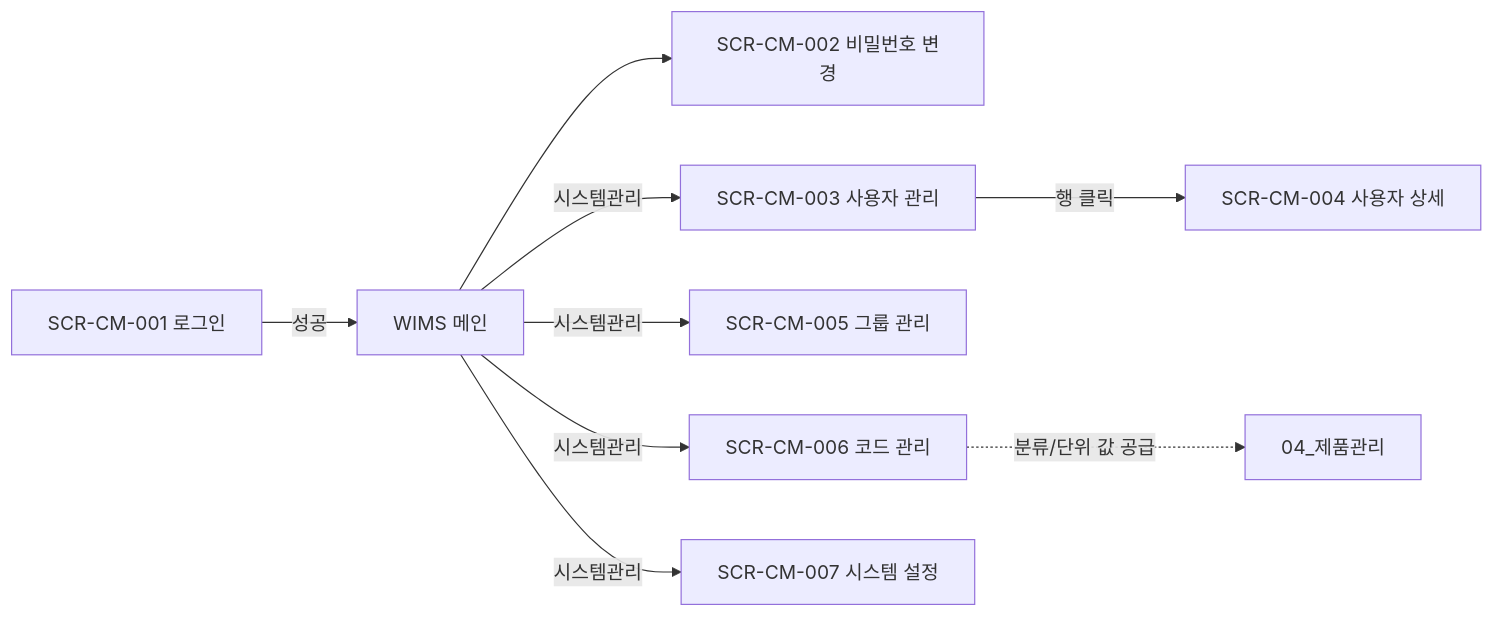
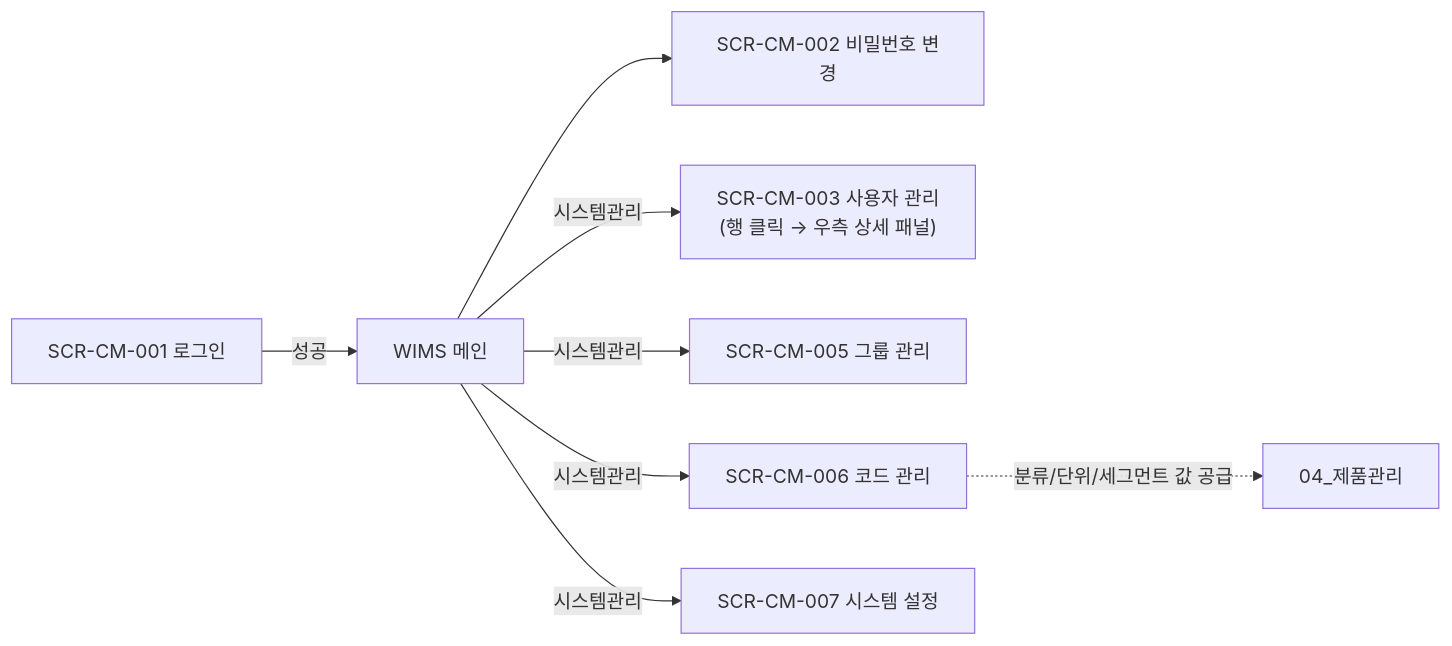
One commit to team-codecraft/wims2.0 changed the diagram in docs/3_DE(설계)/DE22-1_화면설계서/sections/07_공통CM.md. Above: the diagram before and after it, drawn with Mermaid. The commit also changed other lines of this file and 78 other files, not shown here.

````diff
--- a/docs/3_DE(설계)/DE22-1_화면설계서/sections/07_공통CM.md
+++ b/docs/3_DE(설계)/DE22-1_화면설계서/sections/07_공통CM.md
@@ -35,11 +37,10 @@
 ```mermaid
 flowchart LR
   LG[SCR-CM-001 로그인] -->|성공| APP[WIMS 메인]
   APP --> PW[SCR-CM-002 비밀번호 변경]
-  APP -->|시스템관리| UM[SCR-CM-003 사용자 관리]
-  UM -->|행 클릭| UD[SCR-CM-004 사용자 상세]
+  APP -->|시스템관리| UM["SCR-CM-003 사용자 관리<br/>(행 클릭 → 우측 상세 패널)"]
   APP -->|시스템관리| GM[SCR-CM-005 그룹 관리]
   APP -->|시스템관리| CD[SCR-CM-006 코드 관리]
   APP -->|시스템관리| ST[SCR-CM-007 시스템 설정]
-  CD -.분류/단위 값 공급.-> PM[04_제품관리]
+  CD -.분류/단위/세그먼트 값 공급.-> PM[04_제품관리]
 ```
````
